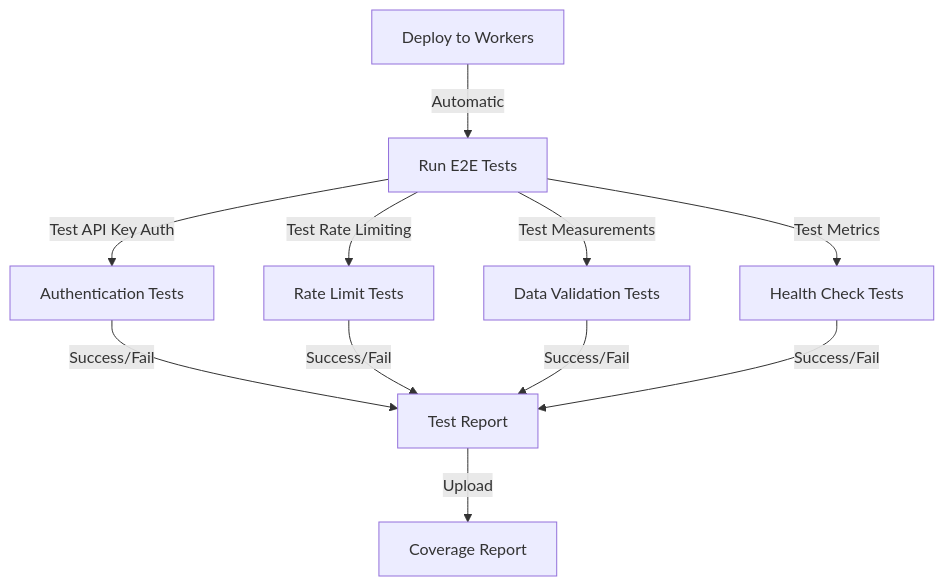
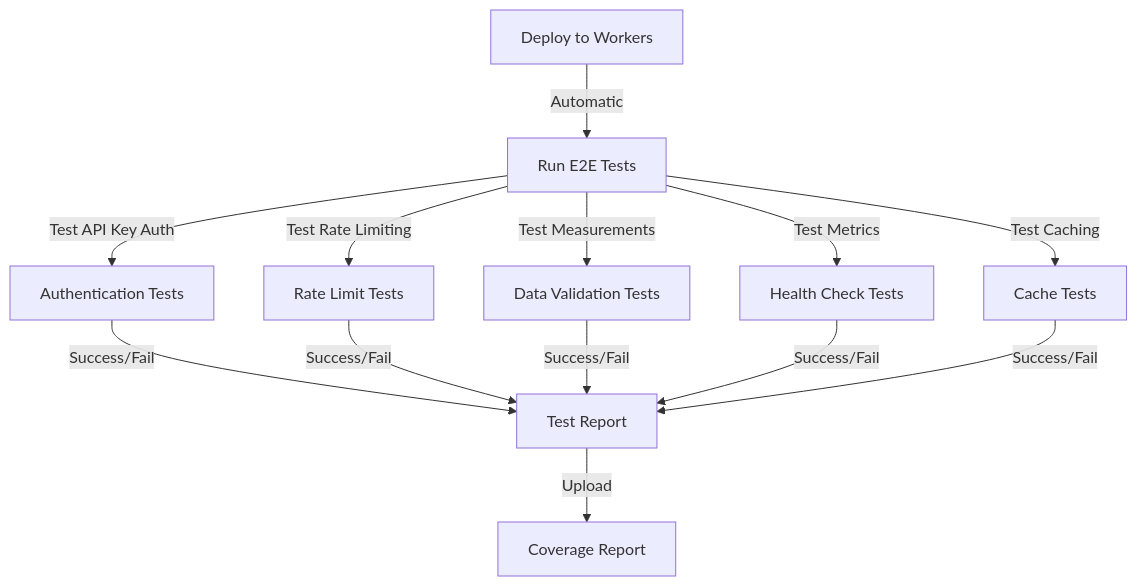
The third of 3 diagrams in docs/architecture.md (veilands/cf-learn), drawn with Mermaid before and after one commit. The commit also changed other lines of this file and 21 other files, not shown here.

````diff
--- a/docs/architecture.md
+++ b/docs/architecture.md
@@ -69,13 +83,15 @@
 ```mermaid
 graph TD
     Deploy[Deploy to Workers] -->|Automatic| Test[Run E2E Tests]
     Test -->|Test API Key Auth| Auth[Authentication Tests]
     Test -->|Test Rate Limiting| Rate[Rate Limit Tests]
     Test -->|Test Measurements| Data[Data Validation Tests]
     Test -->|Test Metrics| Health[Health Check Tests]
+    Test -->|Test Caching| Cache[Cache Tests]
     Auth -->|Success/Fail| Report[Test Report]
     Rate -->|Success/Fail| Report
     Data -->|Success/Fail| Report
     Health -->|Success/Fail| Report
+    Cache -->|Success/Fail| Report
     Report -->|Upload| Coverage[Coverage Report]
 ```
````
